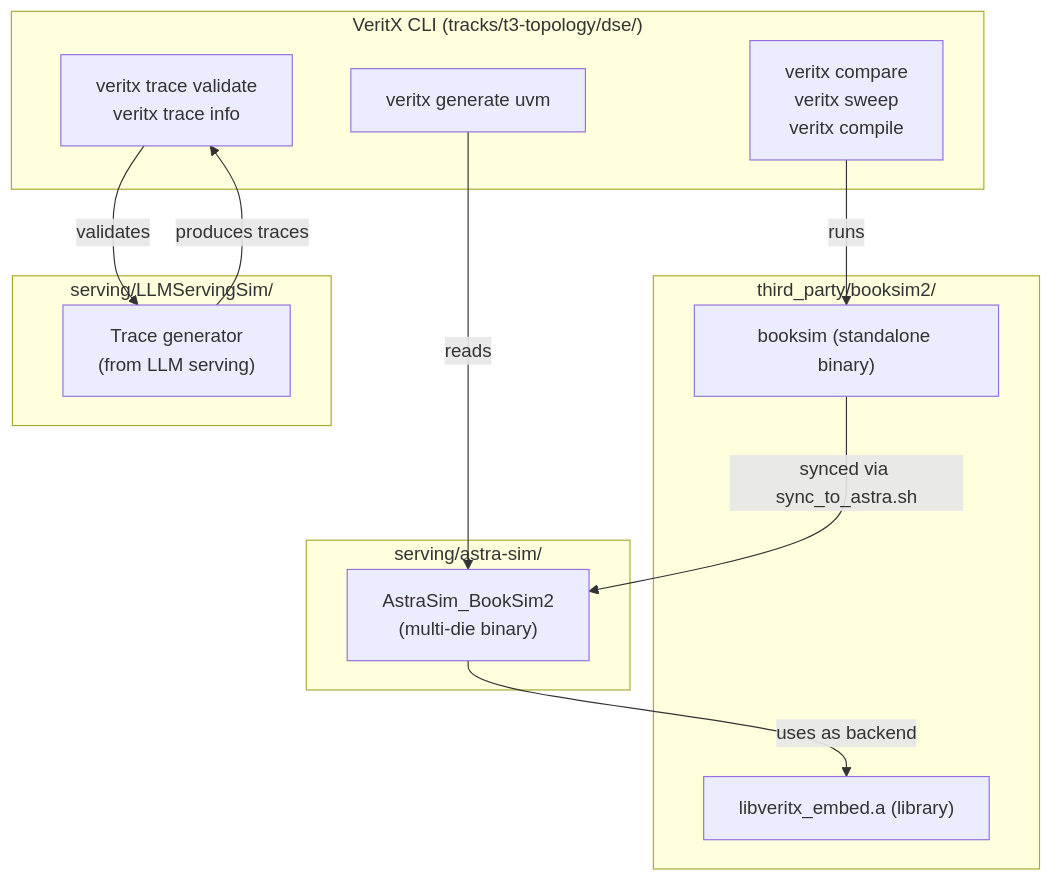
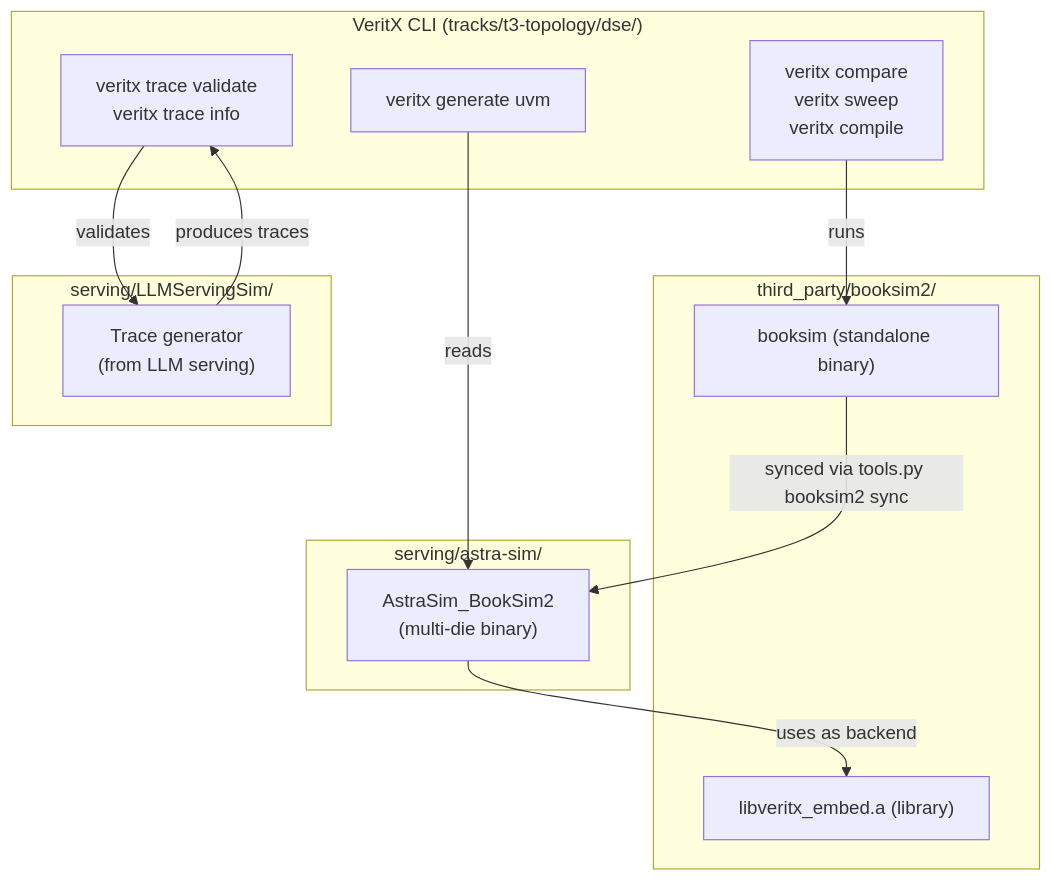
The ninth of 17 diagrams in tracks/t3-topology/dse/README.md (Anmol-S314/veritx-research), drawn with Mermaid before and after one commit. The commit also changed other lines of this file and 5 other files, not shown here.

First line of the commit message:
feat: unified tool management via scripts/tools.py (replaces sync_to_astra.sh)

````diff
--- a/tracks/t3-topology/dse/README.md
+++ b/tracks/t3-topology/dse/README.md
@@ -1264,28 +1264,28 @@
 ```mermaid
 flowchart TD
     subgraph VeritX["VeritX CLI (tracks/t3-topology/dse/)"]
         V1["veritx compare\nveritx sweep\nveritx compile"]
         V2["veritx generate uvm"]
         V3["veritx trace validate\nveritx trace info"]
     end
 
     subgraph BookSim["third_party/booksim2/"]
         B1["booksim (standalone binary)"]
         B2["libveritx_embed.a (library)"]
     end
 
     subgraph ASTRA["serving/astra-sim/"]
         A1["AstraSim_BookSim2\n(multi-die binary)"]
     end
 
     subgraph LLM["serving/LLMServingSim/"]
         L1["Trace generator\n(from LLM serving)"]
     end
 
     V1 -->|"runs"| B1
     V2 -->|"reads"| A1
     V3 -->|"validates"| L1
     A1 -->|"uses as backend"| B2
-    B1 -->|"synced via sync_to_astra.sh"| A1
+    B1 -->|"synced via tools.py booksim2 sync"| A1
     L1 -->|"produces traces"| V3
 ```
````
